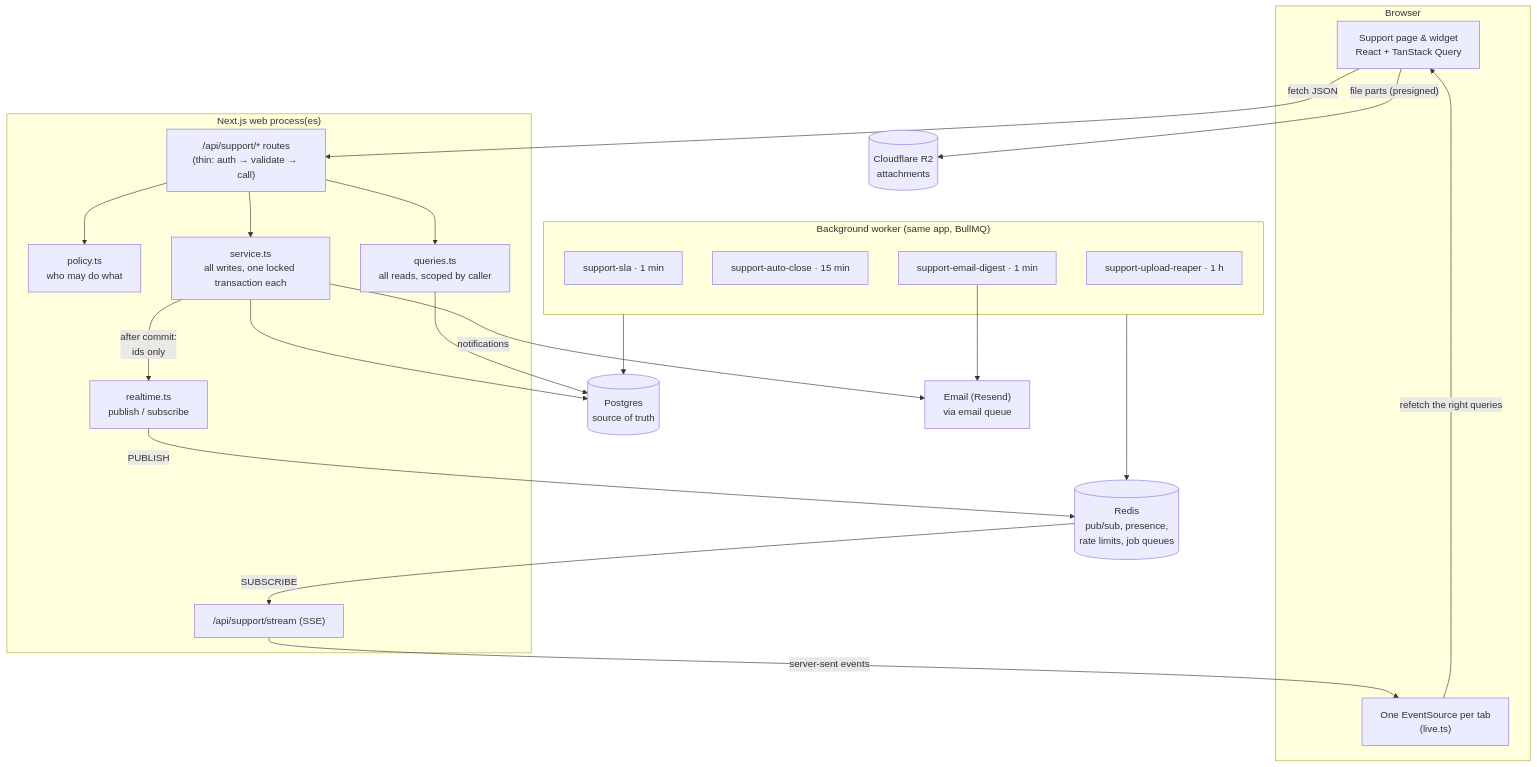
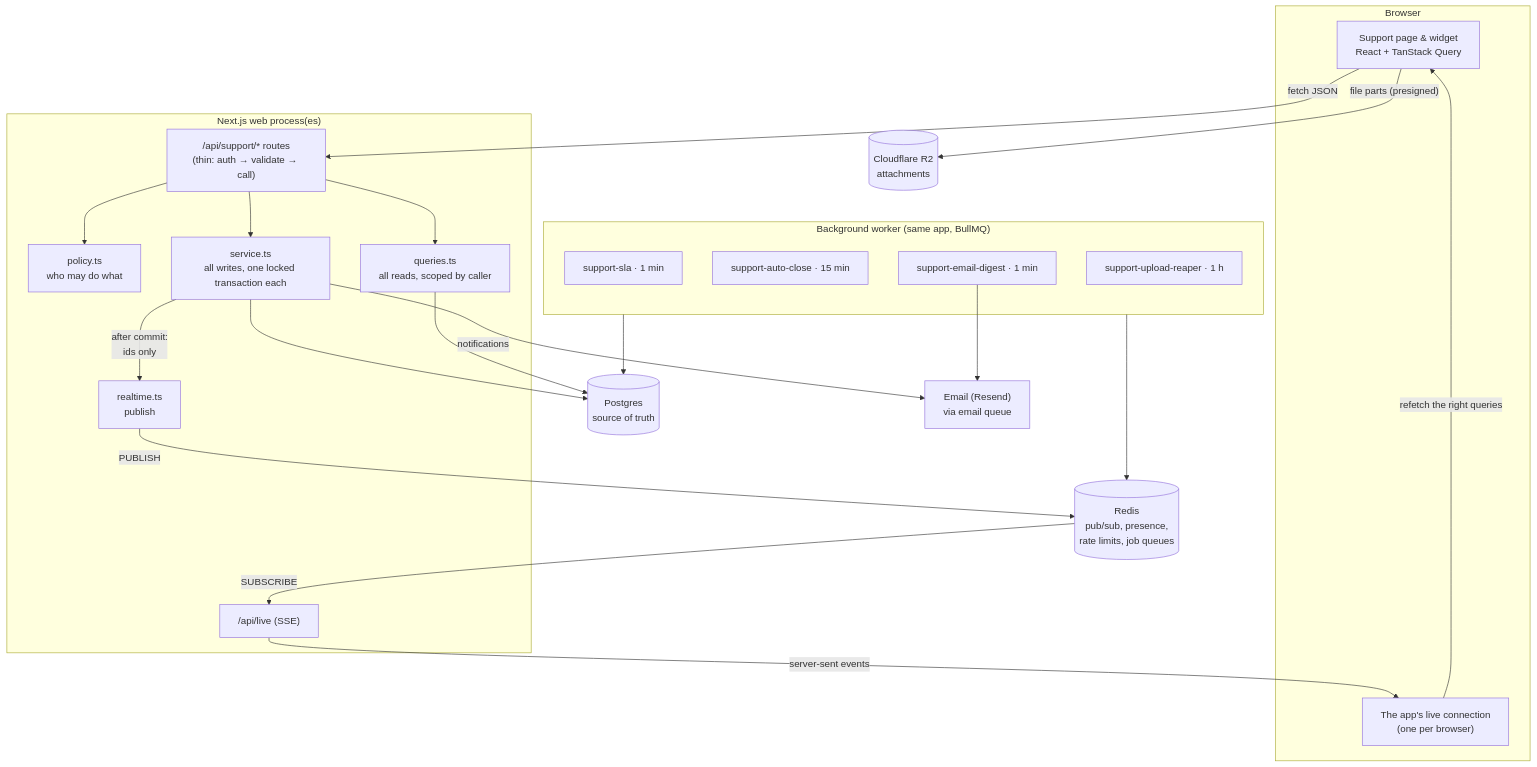
Before and after one commit to vipinpal70/IconicConnect: the fourth of 14 diagrams in support-system.guide.md, drawn with Mermaid. The commit also changed other lines of this file and 27 other files, not shown here.

````diff
--- a/support-system.guide.md
+++ b/support-system.guide.md
@@ -189,45 +189,45 @@
 ```mermaid
 flowchart TB
     subgraph Browser
         UI["Support page & widget<br/>React + TanStack Query"]
-        ES["One EventSource per tab<br/>(live.ts)"]
+        ES["The app's live connection<br/>(one per browser)"]
     end
 
     subgraph Web["Next.js web process(es)"]
         API["/api/support/* routes<br/>(thin: auth → validate → call)"]
         POL["policy.ts<br/>who may do what"]
         SVC["service.ts<br/>all writes, one locked transaction each"]
         QRY["queries.ts<br/>all reads, scoped by caller"]
-        RT["realtime.ts<br/>publish / subscribe"]
-        STREAM["/api/support/stream (SSE)"]
+        RT["realtime.ts<br/>publish"]
+        STREAM["/api/live (SSE)"]
     end
 
     subgraph Worker["Background worker (same app, BullMQ)"]
         J1["support-sla · 1 min"]
         J2["support-auto-close · 15 min"]
         J3["support-email-digest · 1 min"]
         J4["support-upload-reaper · 1 h"]
     end
 
     PG[("Postgres<br/>source of truth")]
     RD[("Redis<br/>pub/sub, presence,<br/>rate limits, job queues")]
     R2[("Cloudflare R2<br/>attachments")]
     MAIL["Email (Resend)<br/>via email queue"]
 
     UI -- "fetch JSON" --> API
     API --> POL
     API --> SVC
     API --> QRY
     SVC --> PG
     QRY --> PG
     SVC -- "after commit:<br/>ids only" --> RT
     RT -- PUBLISH --> RD
     RD -- SUBSCRIBE --> STREAM
     STREAM -- "server-sent events" --> ES
     ES -- "refetch the right queries" --> UI
     UI -- "file parts (presigned)" --> R2
     Worker --> PG
     Worker --> RD
     J3 --> MAIL
     SVC -- notifications --> MAIL
 ```
````
